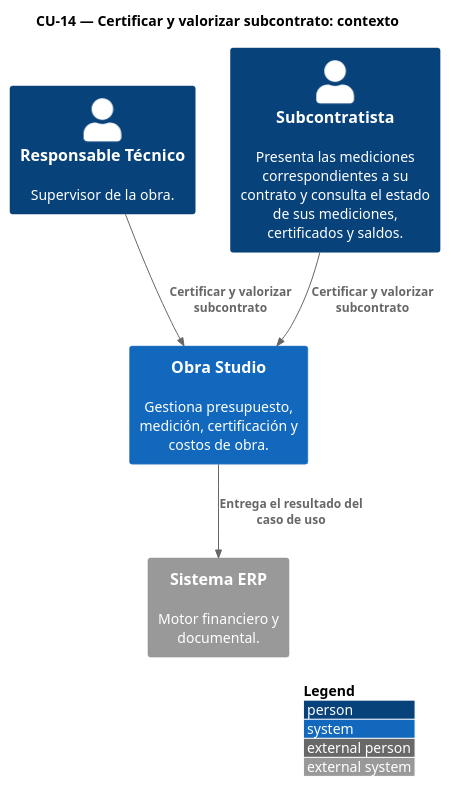
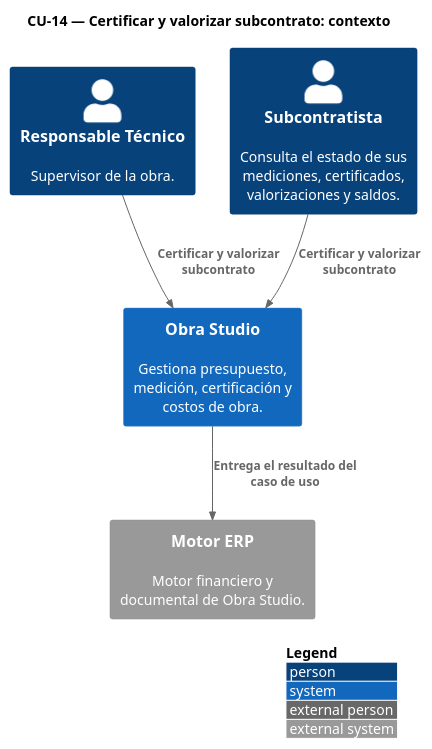
The diagram in modelo/c4/C4-CU14-contexto.puml (Ssrrb/TPF-teoria), drawn with PlantUML before and after one commit. The commit also changed 248 other files, not shown here.

```diff
--- a/modelo/c4/C4-CU14-contexto.puml
+++ b/modelo/c4/C4-CU14-contexto.puml
@@ -1,14 +1,14 @@
 @startuml
 !include <C4/C4_Context>
 LAYOUT_WITH_LEGEND()
 title CU-14 — Certificar y valorizar subcontrato: contexto
 
 Person(SUP, "Responsable Técnico", "Supervisor de la obra.")
-Person(SUB, "Subcontratista", "Presenta las mediciones correspondientes a su contrato y consulta el estado de sus mediciones, certificados y saldos.")
+Person(SUB, "Subcontratista", "Consulta el estado de sus mediciones, certificados, valorizaciones y saldos.")
 System(obra, "Obra Studio", "Gestiona presupuesto, medición, certificación y costos de obra.")
-System_Ext(ERP, "Sistema ERP", "Motor financiero y documental.")
+System_Ext(ERP, "Motor ERP", "Motor financiero y documental de Obra Studio.")
 
 Rel(SUP, obra, "Certificar y valorizar subcontrato")
 Rel(SUB, obra, "Certificar y valorizar subcontrato")
 Rel(obra, ERP, "Entrega el resultado del caso de uso")
 @enduml
```
